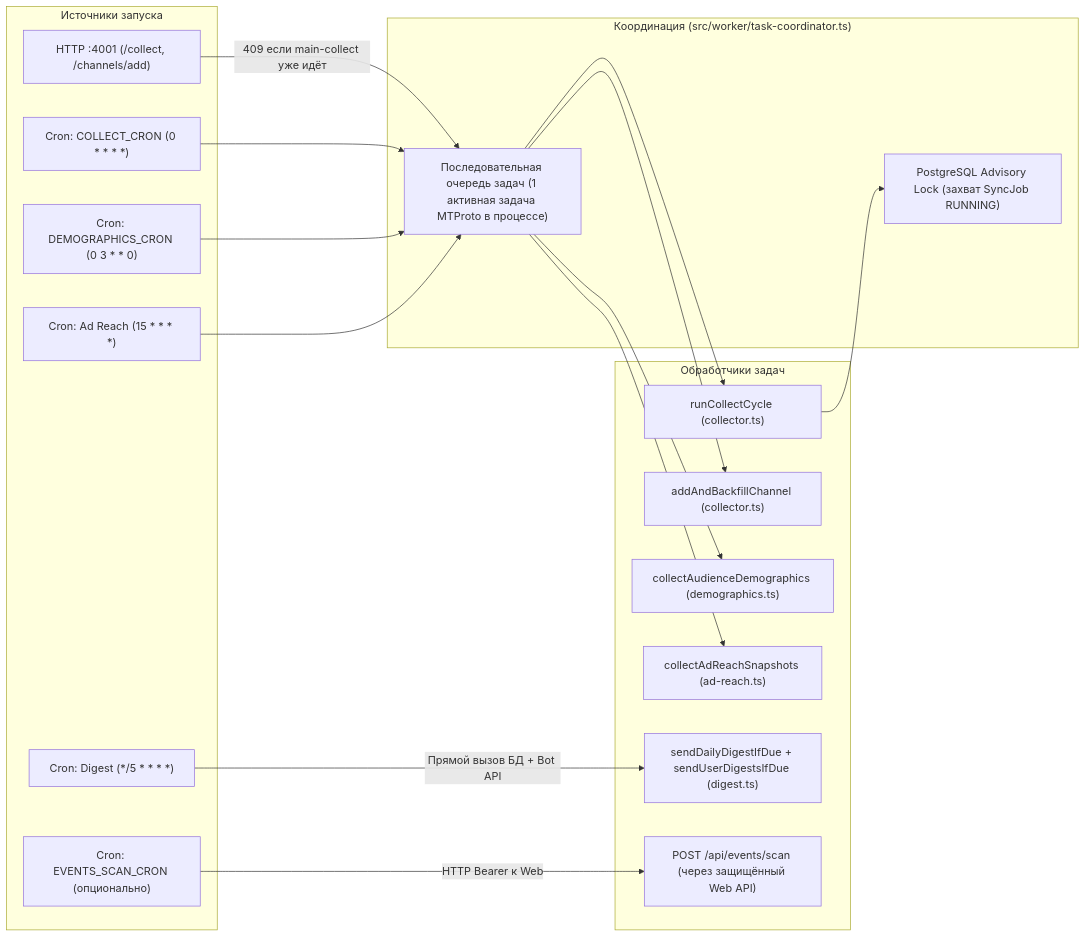
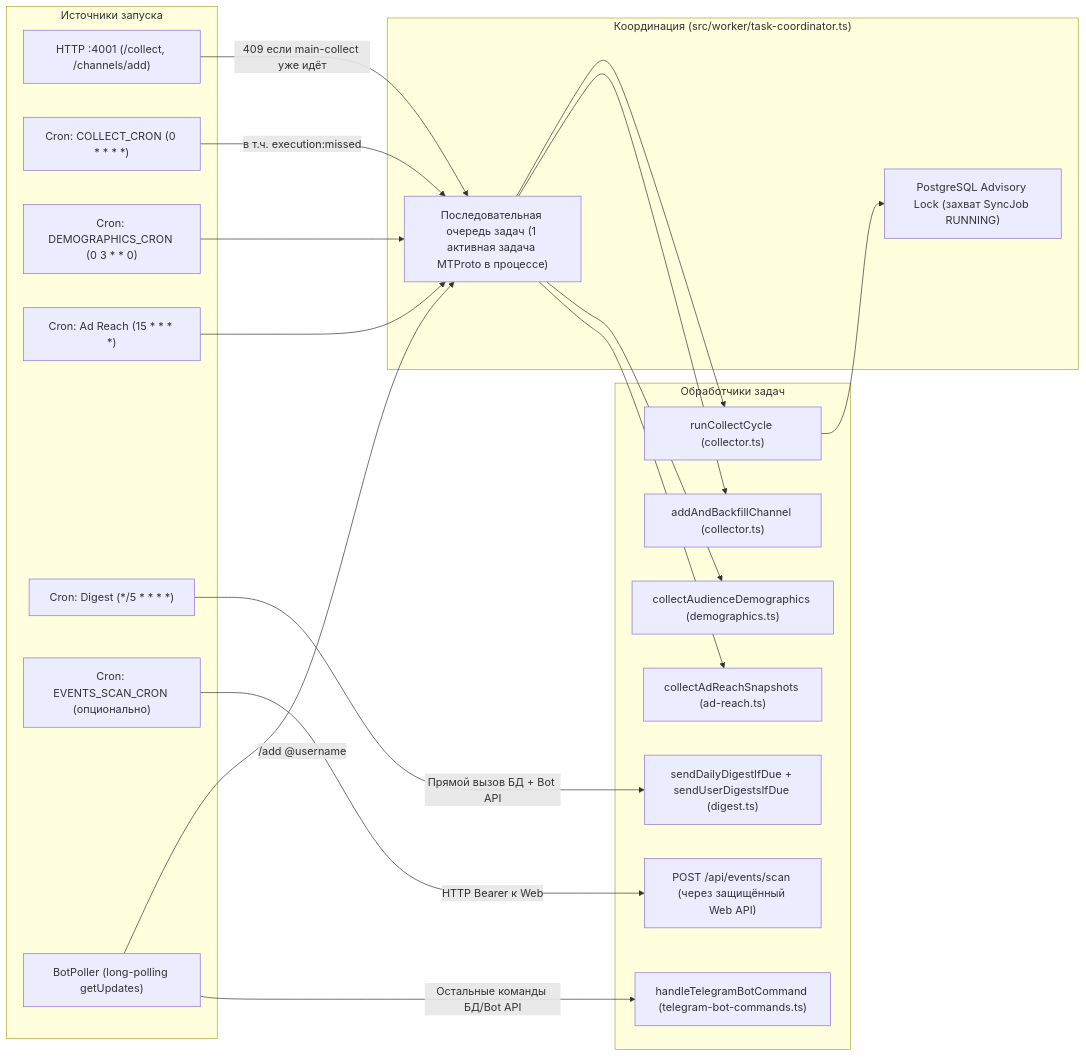
The third of 8 diagrams in docs/architecture.md (liquidsyntes/tg_mons), drawn with Mermaid before and after one commit. The commit also changed other lines of this file and 9 other files, not shown here.

````diff
--- a/docs/architecture.md
+++ b/docs/architecture.md
@@ -132,39 +137,43 @@
 ```mermaid
 flowchart LR
     subgraph Triggers["Источники запуска"]
         HTTP["HTTP :4001 (/collect, /channels/add)"]
         CronCollect["Cron: COLLECT_CRON (0 * * * *)"]
         CronDemo["Cron: DEMOGRAPHICS_CRON (0 3 * * 0)"]
         CronAd["Cron: Ad Reach (15 * * * *)"]
         CronDigest["Cron: Digest (*/5 * * * *)"]
         CronEvents["Cron: EVENTS_SCAN_CRON (опционально)"]
+        BotPoll["BotPoller (long-polling getUpdates)"]
     end
 
     subgraph Queue["Координация (src/worker/task-coordinator.ts)"]
         TC["Последовательная очередь задач (1 активная задача MTProto в процессе)"]
         Lock["PostgreSQL Advisory Lock (захват SyncJob RUNNING)"]
     end
 
     subgraph Tasks["Обработчики задач"]
         MainCollect["runCollectCycle (collector.ts)"]
         Backfill["addAndBackfillChannel (collector.ts)"]
         DemoJob["collectAudienceDemographics (demographics.ts)"]
         AdJob["collectAdReachSnapshots (ad-reach.ts)"]
         DigestJob["sendDailyDigestIfDue + sendUserDigestsIfDue (digest.ts)"]
         EventsJob["POST /api/events/scan (через защищённый Web API)"]
+        BotCommands["handleTelegramBotCommand (telegram-bot-commands.ts)"]
     end
 
-    HTTP -->|409 если main-collect уже идёт| TC
-    CronCollect --> TC
+    HTTP -->|"409 если main-collect уже идёт"| TC
+    CronCollect -->|"в т.ч. execution:missed"| TC
     CronDemo --> TC
     CronAd --> TC
+    BotPoll -->|"/add @username"| TC
+    BotPoll -->|"Остальные команды БД/Bot API"| BotCommands
 
     TC --> MainCollect
     TC --> Backfill
     TC --> DemoJob
     TC --> AdJob
 
     MainCollect --> Lock
-    CronDigest -->|Прямой вызов БД + Bot API| DigestJob
-    CronEvents -->|HTTP Bearer к Web| EventsJob
+    CronDigest -->|"Прямой вызов БД + Bot API"| DigestJob
+    CronEvents -->|"HTTP Bearer к Web"| EventsJob
 ```
````
